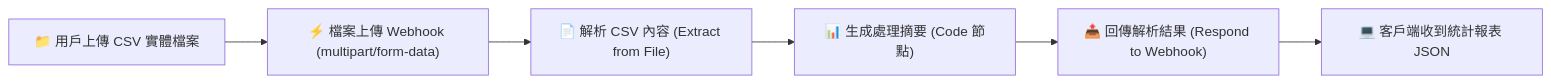
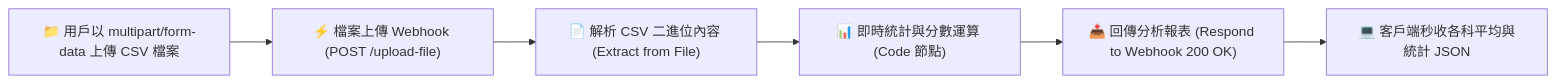
The diagram in webhook實作/檔案上傳與自動處理/README.md (roberthsu2003/n8n), drawn with Mermaid before and after one commit. The commit also changed other lines of this file and 8 other files, not shown here.

````diff
--- a/webhook實作/檔案上傳與自動處理/README.md
+++ b/webhook實作/檔案上傳與自動處理/README.md
@@ -10,8 +12,8 @@
 ```mermaid
 flowchart LR
-    A["📁 用戶上傳 CSV 實體檔案"] --> B["⚡ 檔案上傳 Webhook (multipart/form-data)"]
-    B --> C["📄 解析 CSV 內容 (Extract from File)"]
-    C --> D["📊 生成處理摘要 (Code 節點)"]
-    D --> E["📤 回傳解析結果 (Respond to Webhook)"]
-    E --> F["💻 客戶端收到統計報表 JSON"]
+    A["📁 用戶以 multipart/form-data 上傳 CSV 檔案"] --> B["⚡ 檔案上傳 Webhook (POST /upload-file)"]
+    B --> C["📄 解析 CSV 二進位內容 (Extract from File)"]
+    C --> D["📊 即時統計與分數運算 (Code 節點)"]
+    D --> E["📤 回傳分析報表 (Respond to Webhook 200 OK)"]
+    E --> F["💻 客戶端秒收各科平均與統計 JSON"]
 ```
````
